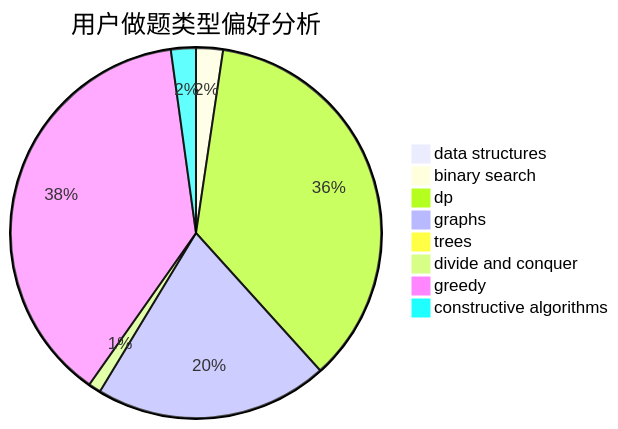
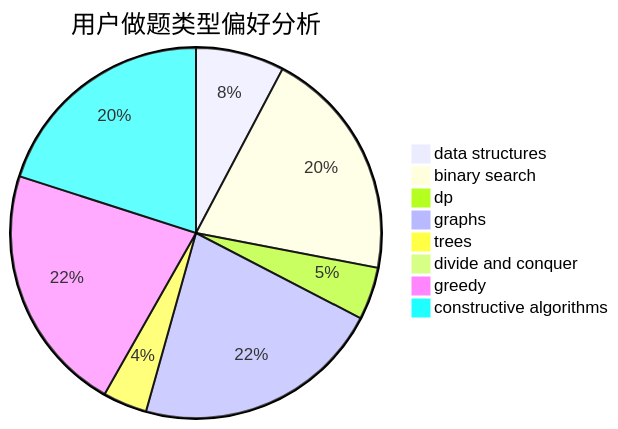
Before and after one commit to sherpahu/cfrs.github.io: the second of 3 diagrams in docs/user/u1675.md, drawn with Mermaid. The commit also changed other lines of this file and 2770 other files, not shown here.

````diff
--- a/docs/user/u1675.md
+++ b/docs/user/u1675.md
@@ -23,11 +23,11 @@
 ```mermaid
 pie title 用户做题类型偏好分析
-    "data structures" :  9
-    "binary search" :  28
-    "dp" :  429
-    "graphs" :  243
-    "trees" :  0
-    "divide and conquer" :  13
-    "greedy" :  454
-    "constructive algorithms" :  26
+    "data structures" :  32
+    "binary search" :  84
+    "dp" :  19
+    "graphs" :  90
+    "trees" :  16
+    "divide and conquer" :  0
+    "greedy" :  90
+    "constructive algorithms" :  83
 ```
````
